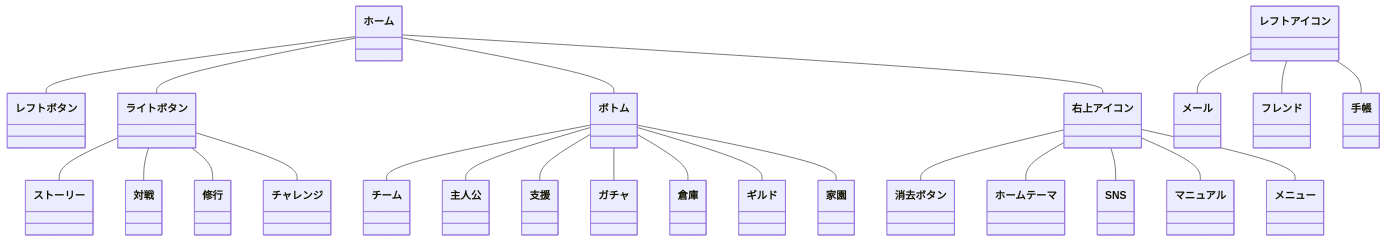
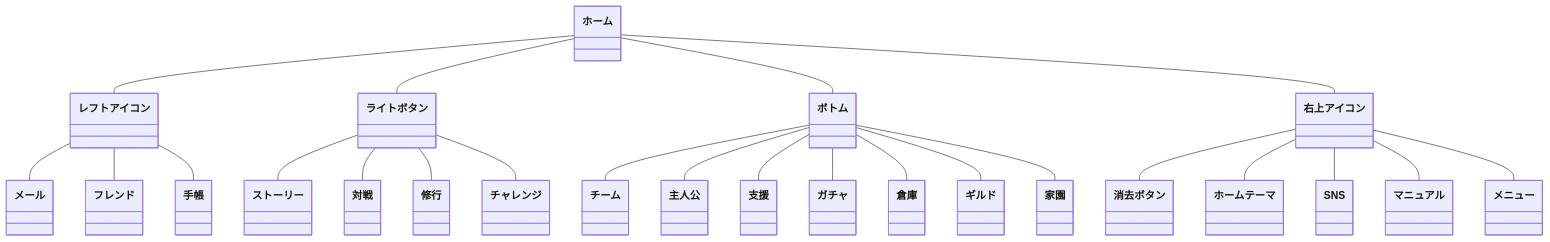
The diagram in orientarcadia/object-diagrams/home.md (mkanakureon/SocialGameObjectDiagrams), drawn with Mermaid before and after one commit.

Commit message:
ホーム画面、訂正

````diff
--- a/orientarcadia/object-diagrams/home.md
+++ b/orientarcadia/object-diagrams/home.md
@@ -5,32 +5,32 @@
 ```mermaid
 classDiagram
 
-    ホーム -- レフトボタン
+    ホーム -- レフトアイコン
     ホーム -- ライトボタン
     ホーム -- ボトム 
     ホーム -- 右上アイコン
 
     ライトボタン -- ストーリー
     ライトボタン -- 対戦
     ライトボタン -- 修行
     ライトボタン -- チャレンジ
 
     右上アイコン -- 消去ボタン
     右上アイコン -- ホームテーマ
     右上アイコン -- SNS
     右上アイコン -- マニュアル
     右上アイコン -- メニュー
 
     レフトアイコン -- メール
     レフトアイコン -- フレンド
     レフトアイコン -- 手帳
 
     ボトム -- チーム
     ボトム -- 主人公
     ボトム -- 支援
     ボトム -- ガチャ
     ボトム -- 倉庫
     ボトム -- ギルド
     ボトム -- 家園
 
 ```
````
